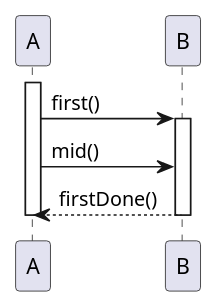
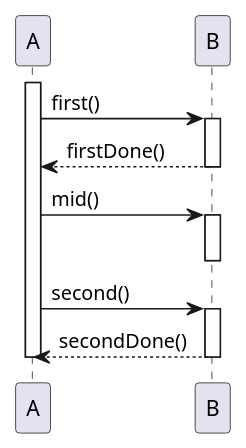
The diagram in SequenceImportProbe/samples/structure-insert-after.puml (SuperPyonchiX/NextDesign_Script), drawn with PlantUML before and after one commit. The commit also changed 15 other files, not shown here.

```diff
--- a/SequenceImportProbe/samples/structure-insert-after.puml
+++ b/SequenceImportProbe/samples/structure-insert-after.puml
@@ -1,11 +1,17 @@
 @startuml
 participant A
 participant B
 activate A
 A -> B : first()
 activate B
+B --> A : firstDone()
+deactivate B
 A -> B : mid()
-B --> A : firstDone()
+activate B
+deactivate B
+A -> B : second()
+activate B
+B --> A : secondDone()
 deactivate B
 deactivate A
 @enduml
```
